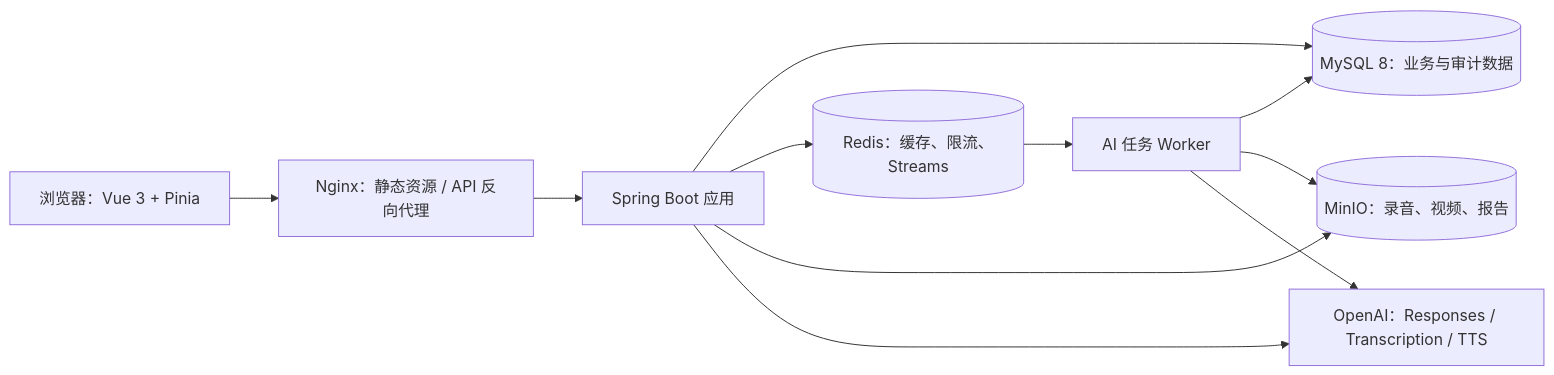
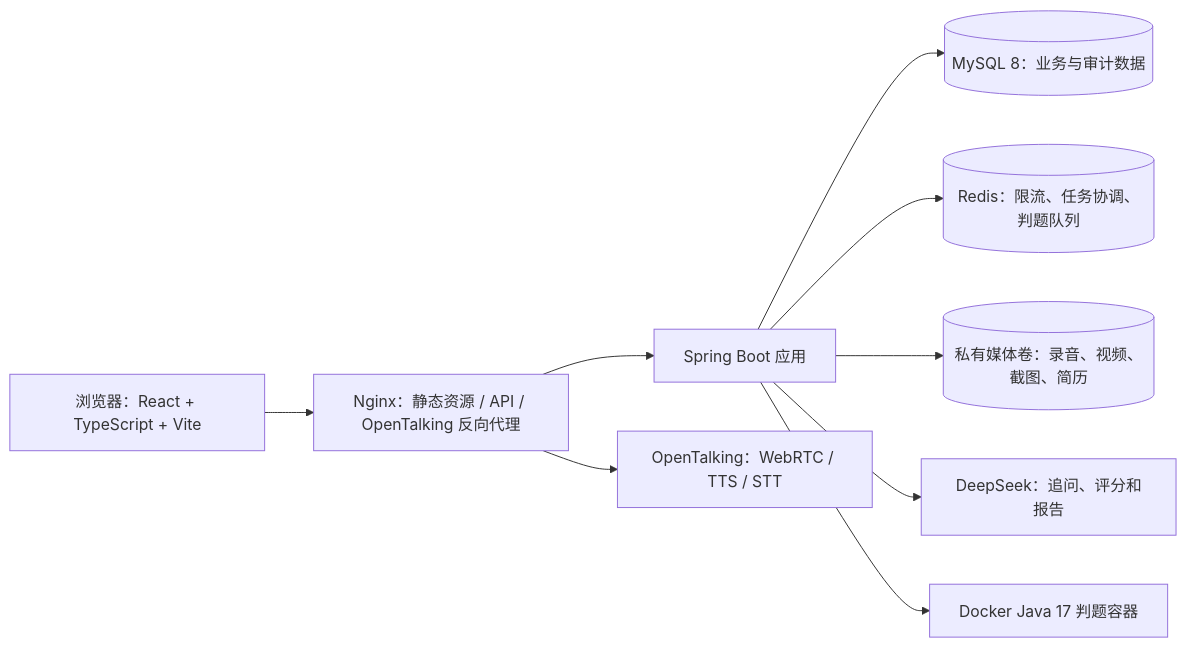
One commit to 2813078120ggup-cyber/AInterview changed the first of 2 diagrams in docs/02-system-design.md. Above: the diagram before and after it, drawn with Mermaid. The commit also changed other lines of this file and 57 other files, not shown here.

````diff
--- a/docs/02-system-design.md
+++ b/docs/02-system-design.md
@@ -7,13 +7,11 @@
 ```mermaid
 flowchart LR
-  U["浏览器：Vue 3 + Pinia"] --> N["Nginx：静态资源 / API 反向代理"]
+  U["浏览器：React + TypeScript + Vite"] --> N["Nginx：静态资源 / API / OpenTalking 反向代理"]
   N --> B["Spring Boot 应用"]
   B --> M[("MySQL 8：业务与审计数据")]
-  B --> R[("Redis：缓存、限流、Streams")]
-  B --> O[("MinIO：录音、视频、报告")]
-  B --> A["OpenAI：Responses / Transcription / TTS"]
-  R --> W["AI 任务 Worker"]
-  W --> M
-  W --> O
-  W --> A
+  B --> R[("Redis：限流、任务协调、判题队列")]
+  B --> O[("私有媒体卷：录音、视频、截图、简历")]
+  B --> A["DeepSeek：追问、评分和报告"]
+  N --> H["OpenTalking：WebRTC / TTS / STT"]
+  B --> J["Docker Java 17 判题容器"]
 ```
````
